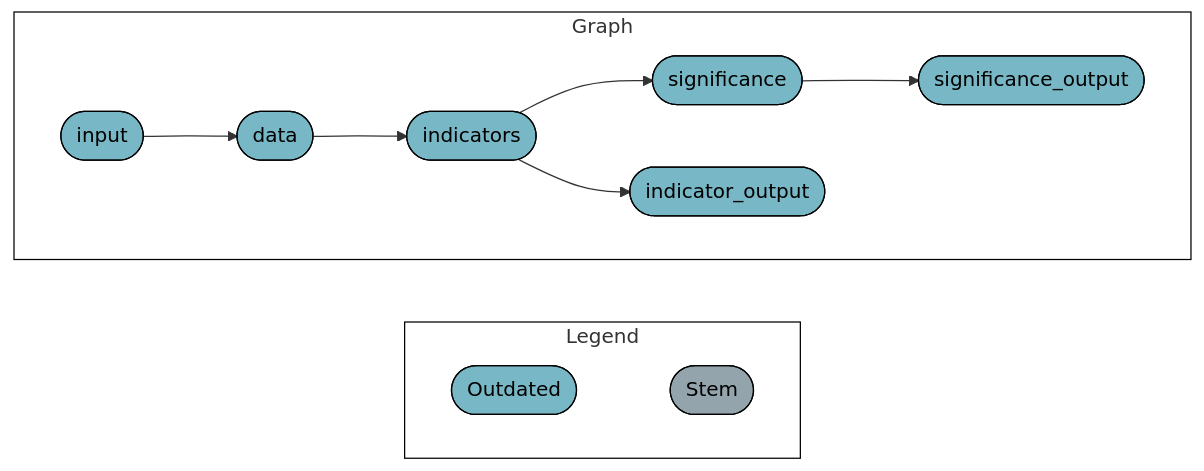
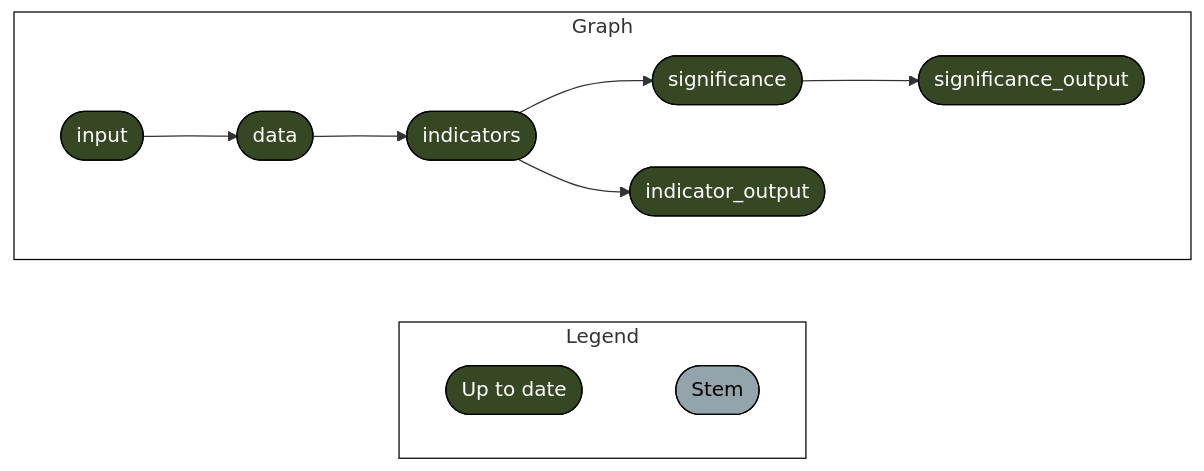
The diagram in README.md (mapme-initiative/disclosure-report), drawn with Mermaid before and after one commit. The commit also changed other lines of this file and 13 other files, not shown here.

````diff
--- a/README.md
+++ b/README.md
@@ -72,20 +73,20 @@
 ``` mermaid
 graph LR
   style Legend fill:#FFFFFF00,stroke:#000000;
   style Graph fill:#FFFFFF00,stroke:#000000;
   subgraph Legend
     direction LR
-    x2db1ec7a48f65a9b([""Outdated""]):::outdated --- xd03d7c7dd2ddda2b([""Stem""]):::none
+    xf1522833a4d242c5([""Up to date""]):::uptodate --- xd03d7c7dd2ddda2b([""Stem""]):::none
   end
   subgraph Graph
     direction LR
-    xa538c4711b193115(["significance"]):::outdated --> x21a9e021e2a8eb5c(["significance_output"]):::outdated
-    x148bea66679381e8(["indicators"]):::outdated --> xa538c4711b193115(["significance"]):::outdated
-    x148bea66679381e8(["indicators"]):::outdated --> xd7196846cd1935c0(["indicator_output"]):::outdated
-    x9755545176a05140(["data"]):::outdated --> x148bea66679381e8(["indicators"]):::outdated
-    x2ee4157c3daee3b7(["input"]):::outdated --> x9755545176a05140(["data"]):::outdated
+    xa538c4711b193115(["significance"]):::uptodate --> x21a9e021e2a8eb5c(["significance_output"]):::uptodate
+    x148bea66679381e8(["indicators"]):::uptodate --> xa538c4711b193115(["significance"]):::uptodate
+    x148bea66679381e8(["indicators"]):::uptodate --> xd7196846cd1935c0(["indicator_output"]):::uptodate
+    x9755545176a05140(["data"]):::uptodate --> x148bea66679381e8(["indicators"]):::uptodate
+    x2ee4157c3daee3b7(["input"]):::uptodate --> x9755545176a05140(["data"]):::uptodate
   end
-  classDef outdated stroke:#000000,color:#000000,fill:#78B7C5;
+  classDef uptodate stroke:#000000,color:#ffffff,fill:#354823;
   classDef none stroke:#000000,color:#000000,fill:#94a4ac;
   linkStyle 0 stroke-width:0px;
 ```
````
